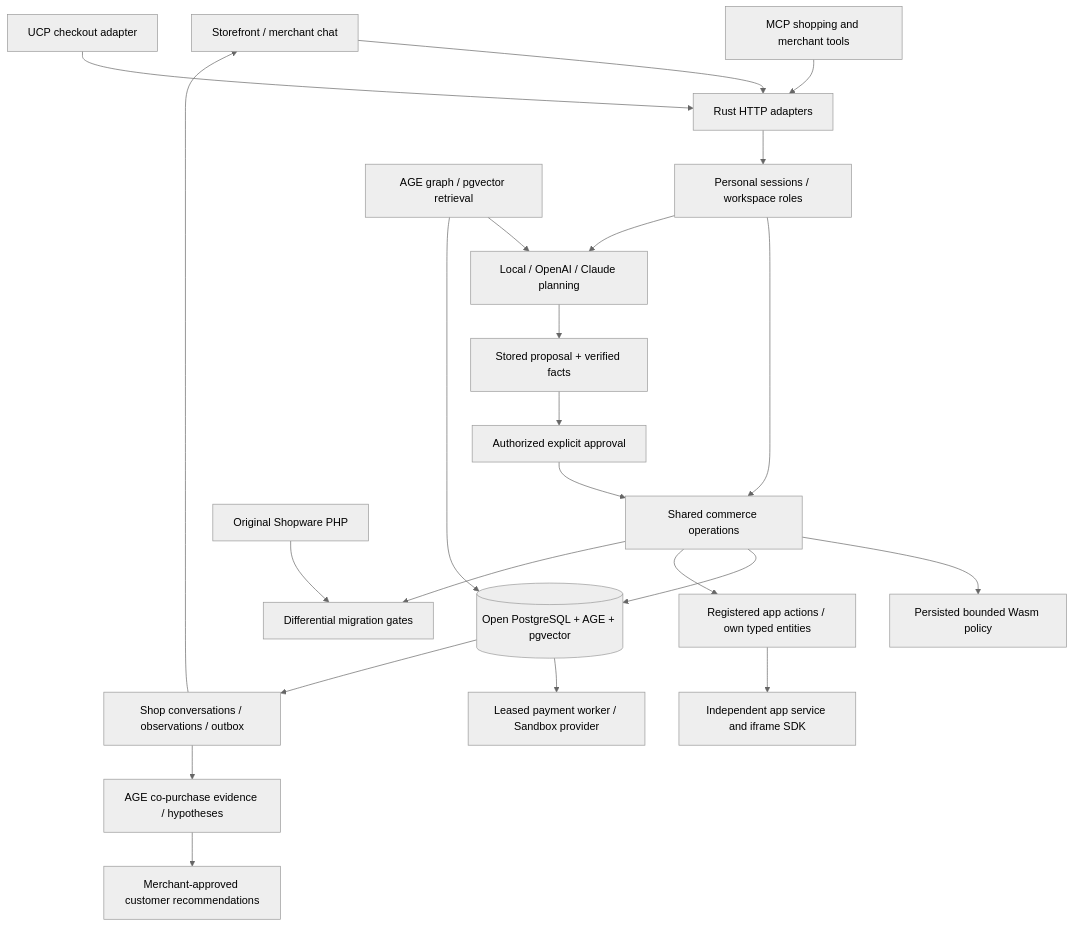
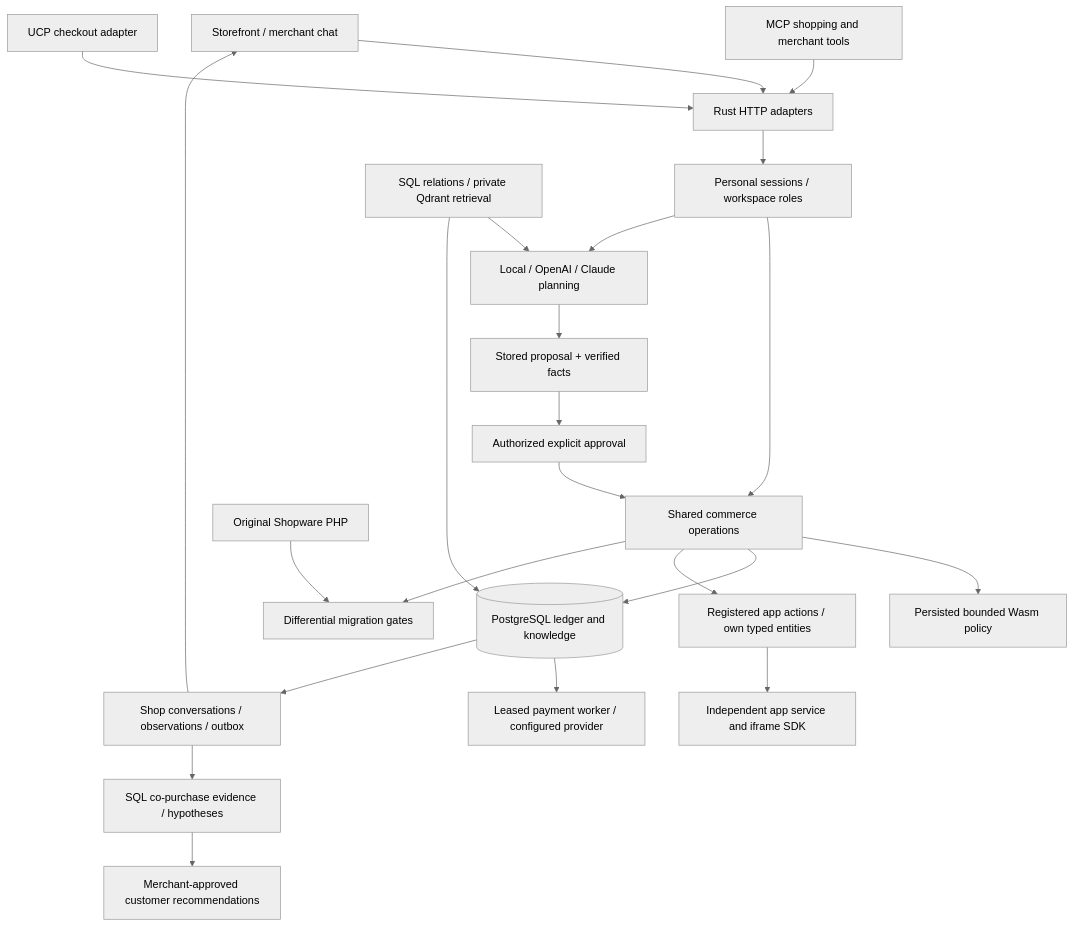
The diagram in docs/features.md (sthamann/rust-ai-commerce), drawn with Mermaid (neutral theme) before and after one commit. The commit also changed other lines of this file and 93 other files, not shown here.

````diff
--- a/docs/features.md
+++ b/docs/features.md
@@ -265,25 +267,25 @@
 ```mermaid
 flowchart TD
   UI[Storefront / merchant chat] --> API[Rust HTTP adapters]
   MCP[MCP shopping and merchant tools] --> API
   UCP[UCP checkout adapter] --> API
   API --> AUTH[Personal sessions / workspace roles]
   AUTH --> CORE[Shared commerce operations]
   AUTH --> PLAN[Local / OpenAI / Claude planning]
-  GRAPH[AGE graph / pgvector retrieval] --> PLAN
+  GRAPH[SQL relations / private Qdrant retrieval] --> PLAN
   PLAN --> PREVIEW[Stored proposal + verified facts]
   PREVIEW --> APPROVAL[Authorized explicit approval]
   APPROVAL --> CORE
   CORE --> WASM[Persisted bounded Wasm policy]
-  CORE --> DB[(Open PostgreSQL + AGE + pgvector)]
+  CORE --> DB[(PostgreSQL ledger and knowledge)]
   GRAPH --> DB
   CORE --> APPS[Registered app actions / own typed entities]
   APPS --> SERVICE[Independent app service and iframe SDK]
-  DB --> PAY[Leased payment worker / Sandbox provider]
+  DB --> PAY[Leased payment worker / configured provider]
   DB --> MEMORY[Shop conversations / observations / outbox]
-  MEMORY --> EVIDENCE[AGE co-purchase evidence / hypotheses]
+  MEMORY --> EVIDENCE[SQL co-purchase evidence / hypotheses]
   EVIDENCE --> APPROVED[Merchant-approved customer recommendations]
   MEMORY --> UI
   REF[Original Shopware PHP] --> DIFF[Differential migration gates]
   CORE --> DIFF
 ```
````
